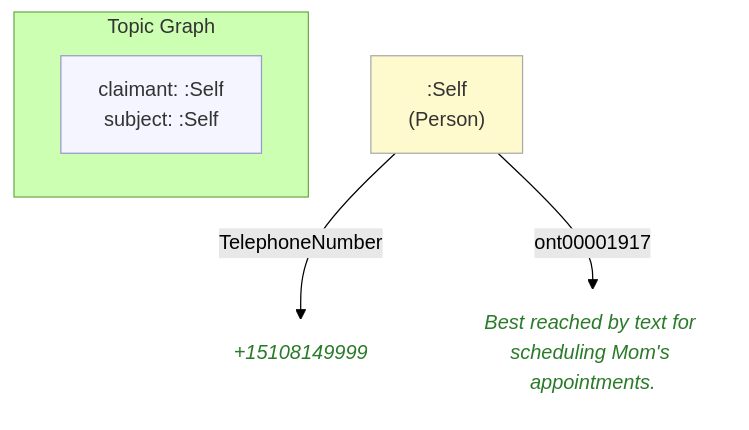
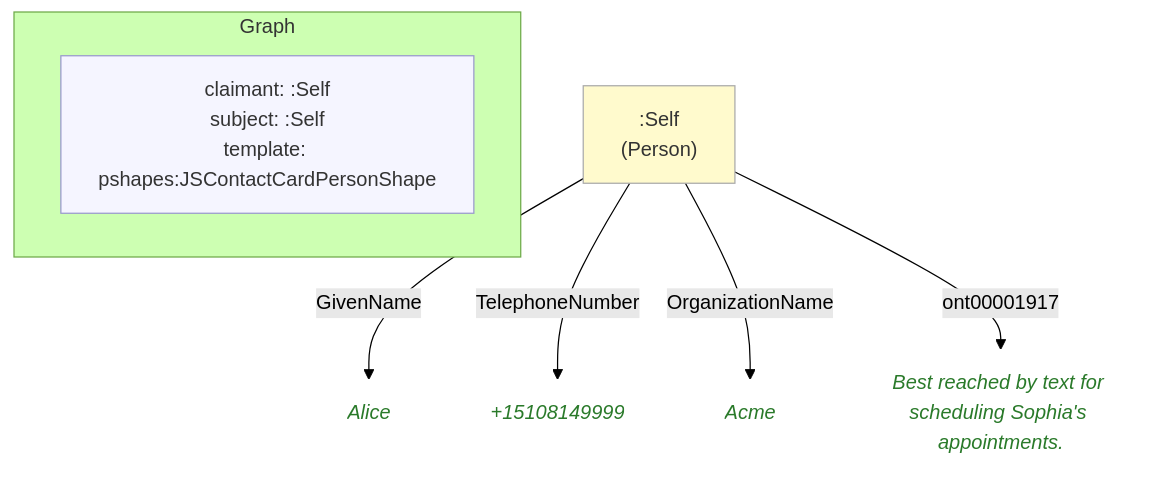
Before and after one commit to MeeFoundation/mia-ontologies: the diagram in example/graphs/images/graph-30.mmd, drawn with Mermaid (forest theme). The commit also changed 114 other files, not shown here.

```diff
--- a/example/graphs/images/graph-30.mmd
+++ b/example/graphs/images/graph-30.mmd
@@ -1,18 +1,21 @@
 flowchart TD
     classDef person fill:#fffacd,stroke:#aaa,color:#333
-    classDef grp    fill:#d4edda,stroke:#aaa,color:#333
     classDef org    fill:#cce5ff,stroke:#aaa,color:#333
     classDef lit    fill:none,stroke:none,font-style:italic,color:#2a7a2a
     classDef meta   fill:#f5f5ff,stroke:#9999cc,color:#333
 
-    subgraph ctx["Topic Graph"]
+    subgraph ctx["Graph"]
         direction LR
-        ctx_meta["claimant: :Self\nsubject: :Self"]:::meta
+        ctx_meta["claimant: :Self\nsubject: :Self\ntemplate: pshapes:JSContactCardPersonShape"]:::meta
     end
 
     ne0c3ba92f1db[":Self\n(Person)"]:::person
-    n646bab2a6b25("+15108149999"):::lit
-    n562fe752e71e("Best reached by text for scheduling Mom's appointments."):::lit
+    n44833b906db3("Alice"):::lit
+    nb39f5c12ed1d("+15108149999"):::lit
+    n8e2be5f40254("Acme"):::lit
+    n25177ec8fc7e("Best reached by text for scheduling Sophia's appointments."):::lit
 
-    ne0c3ba92f1db -->|"TelephoneNumber"| n646bab2a6b25
-    ne0c3ba92f1db -->|"ont00001917"| n562fe752e71e
+    ne0c3ba92f1db -->|"GivenName"| n44833b906db3
+    ne0c3ba92f1db -->|"TelephoneNumber"| nb39f5c12ed1d
+    ne0c3ba92f1db -->|"OrganizationName"| n8e2be5f40254
+    ne0c3ba92f1db -->|"ont00001917"| n25177ec8fc7e
```
